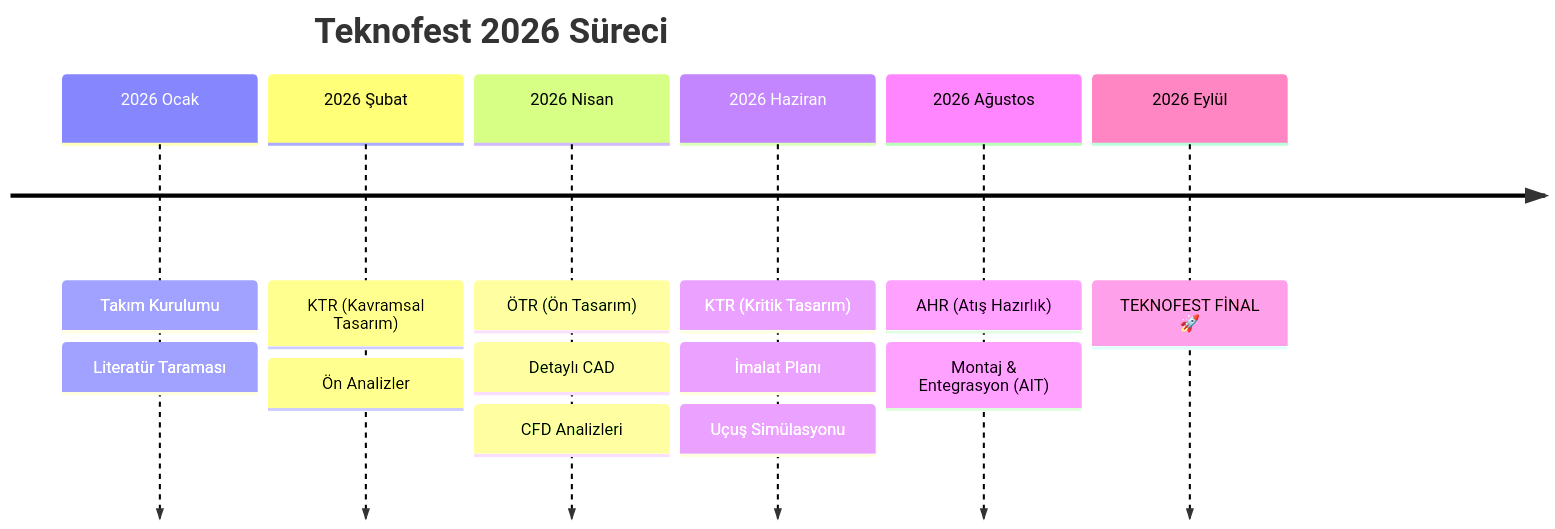
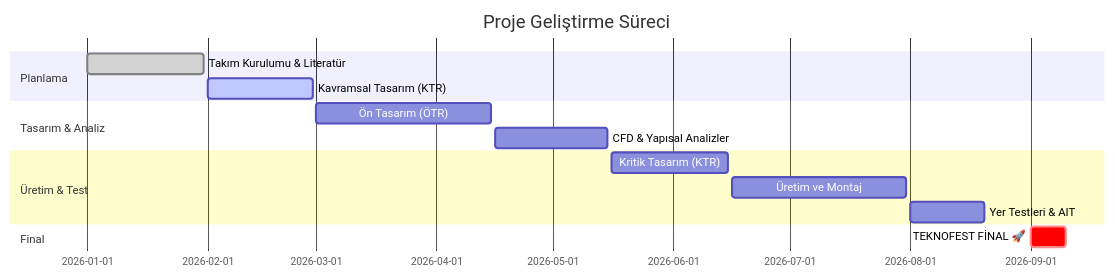
The diagram in README.md (bahattinyunus/teknofest_roket_ktu), drawn with Mermaid before and after one commit. The commit also changed other lines of this file, not shown here.

````diff
--- a/README.md
+++ b/README.md
@@ -86,10 +55,17 @@
 ```mermaid
-timeline
-    title Teknofest 2026 Süreci
-    2026 Ocak : Takım Kurulumu : Literatür Taraması
-    2026 Şubat : KTR (Kavramsal Tasarım) : Ön Analizler
-    2026 Nisan : ÖTR (Ön Tasarım) : Detaylı CAD : CFD Analizleri
-    2026 Haziran : KTR (Kritik Tasarım) : İmalat Planı : Uçuş Simülasyonu
-    2026 Ağustos : AHR (Atış Hazırlık) : Montaj & Entegrasyon (AIT)
-    2026 Eylül : TEKNOFEST FİNAL 🚀
+gantt
+    title Proje Geliştirme Süreci
+    dateFormat  YYYY-MM-DD
+    section Planlama
+    Takım Kurulumu & Literatür :done,    des1, 2026-01-01, 2026-01-31
+    Kavramsal Tasarım (KTR)    :active,  des2, 2026-02-01, 2026-02-28
+    section Tasarım & Analiz
+    Ön Tasarım (ÖTR)           :         des3, 2026-03-01, 2026-04-15
+    CFD & Yapısal Analizler    :         des4, 2026-04-16, 2026-05-15
+    section Üretim & Test
+    Kritik Tasarım (KTR)       :         des5, 2026-05-16, 2026-06-15
+    Üretim ve Montaj           :         des6, 2026-06-16, 2026-07-31
+    Yer Testleri & AIT         :         des7, 2026-08-01, 2026-08-20
+    section Final
+    TEKNOFEST FİNAL 🚀         :crit,    des8, 2026-09-01, 2026-09-10
 ```
````
